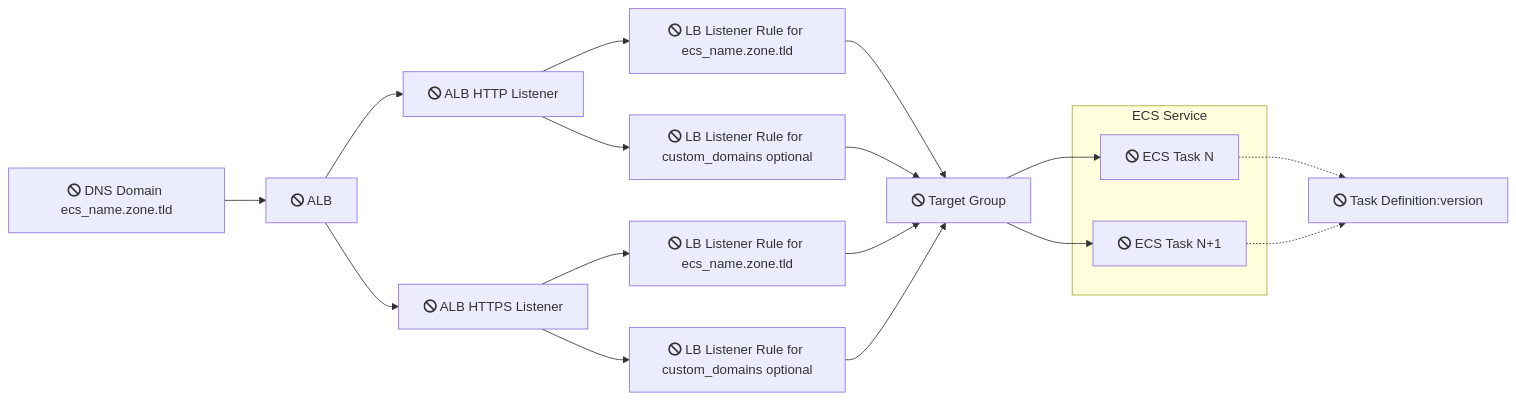
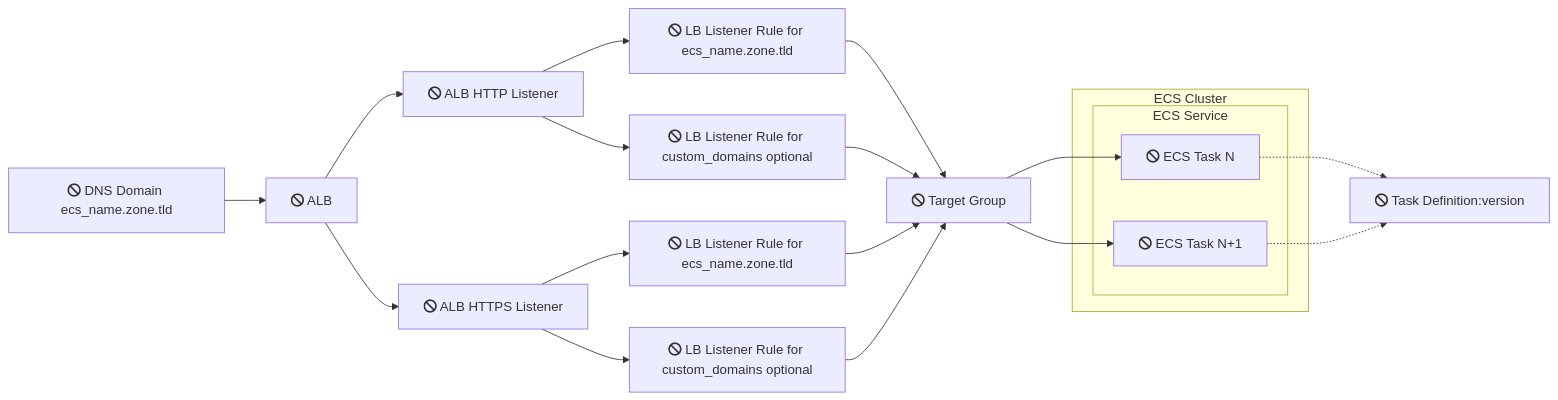
The diagram in guide/ecs_service/README.md (doingcloudright/airship.tf), drawn with Mermaid before and after one commit. The commit also changed other lines of this file and 7 other files, not shown here.

```diff
--- a/guide/ecs_service/README.md
+++ b/guide/ecs_service/README.md
@@ -13,22 +14,24 @@
 <div class="mermaid">
 graph LR
     0[fa:fa-ban DNS Domain ecs_name.zone.tld]-->B[fa:fa-ban ALB]
     B-->C[fa:fa-ban ALB HTTP Listener]
     B-->D[fa:fa-ban ALB HTTPS Listener]
     C-->E[fa:fa-ban LB Listener Rule for ecs_name.zone.tld]
     D-->F[fa:fa-ban LB Listener Rule for ecs_name.zone.tld]
     C-->L[fa:fa-ban LB Listener Rule for custom_domains optional]
     D-->M[fa:fa-ban LB Listener Rule for custom_domains optional]
     E-->G[fa:fa-ban Target Group]
     F-->G[fa:fa-ban Target Group]
     L-->G[fa:fa-ban Target Group]
     M-->G[fa:fa-ban Target Group]
     G-->H[fa:fa-ban ECS Service]
     G-->I[fa:fa-ban ECS Service]
+    subgraph ECS Cluster
     subgraph ECS Service
     H[fa:fa-ban ECS Task N]
     I[fa:fa-ban ECS Task N+1]
     end
+    end
     H-.->J[fa:fa-ban Task Definition:version]
     I-.->J[fa:fa-ban Task Definition:version]
 </div>
```
